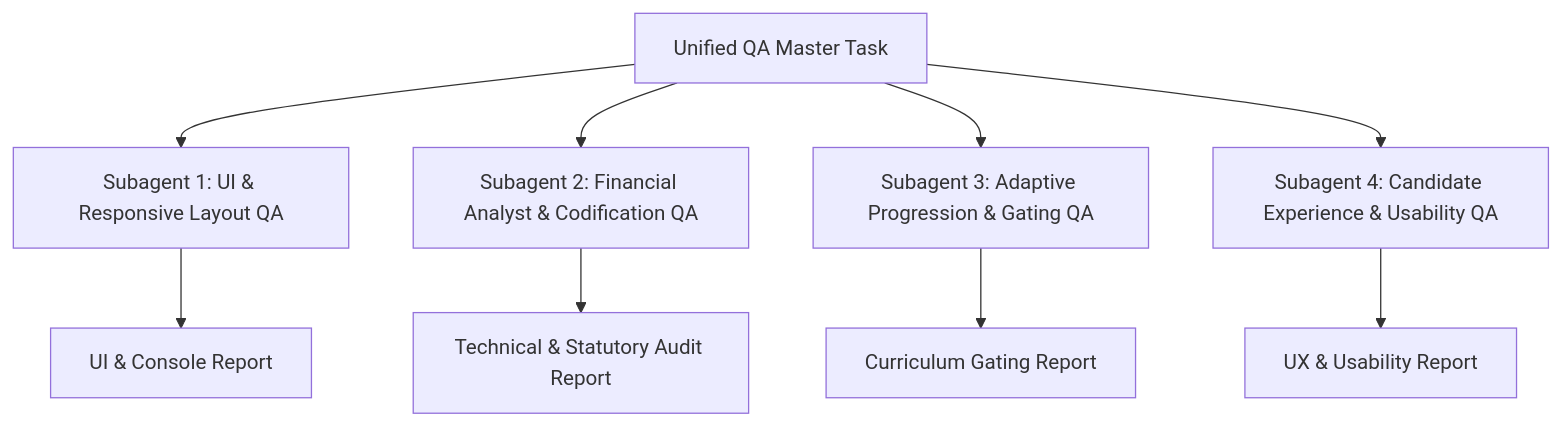
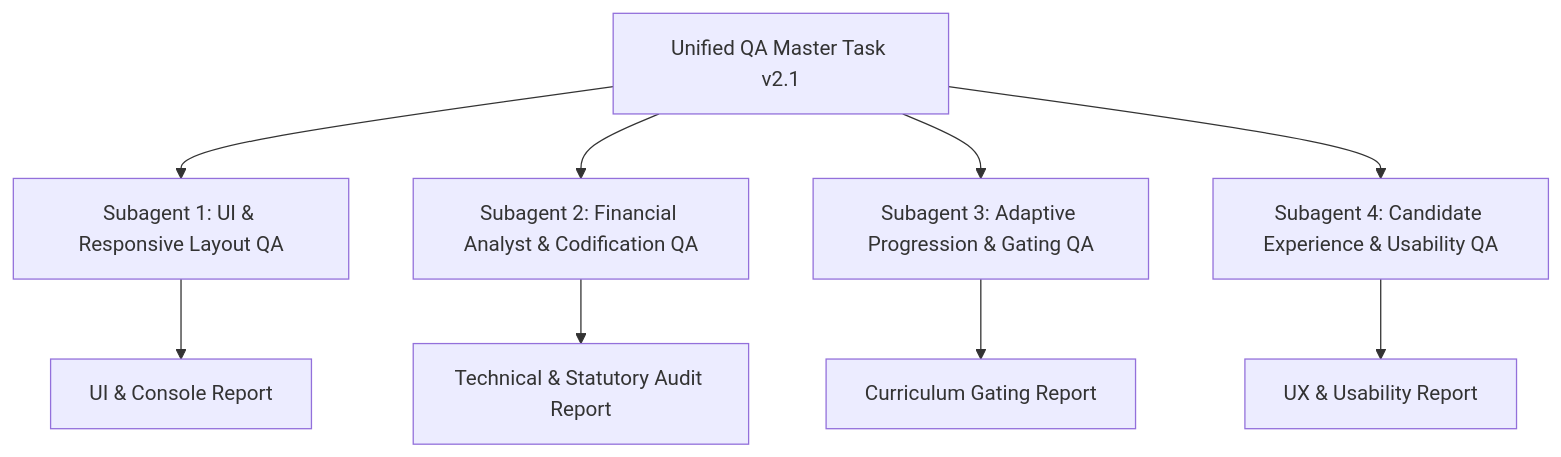
One commit to findawebguy/cpa changed the diagram in blueprints/UNIFIED_QA_TESTING_MASTER.md. Above: the diagram before and after it, drawn with Mermaid. The commit also changed other lines of this file, not shown here.

Commit message:
docs: Upgrade UNIFIED_QA_TESTING_MASTER.md to v2.1 DevSecOps Hardened Edition (added cleanup protocol, ISO timestamps, retry logic, SRS persistence, & a11y)

````diff
--- a/blueprints/UNIFIED_QA_TESTING_MASTER.md
+++ b/blueprints/UNIFIED_QA_TESTING_MASTER.md
@@ -16,12 +19,12 @@
 ```mermaid
 graph TD
-    Master[Unified QA Master Task] --> Agent1[Subagent 1: UI & Responsive Layout QA]
+    Master[Unified QA Master Task v2.1] --> Agent1[Subagent 1: UI & Responsive Layout QA]
     Master --> Agent2[Subagent 2: Financial Analyst & Codification QA]
     Master --> Agent3[Subagent 3: Adaptive Progression & Gating QA]
     Master --> Agent4[Subagent 4: Candidate Experience & Usability QA]
 
     Agent1 --> Output1[UI & Console Report]
     Agent2 --> Output2[Technical & Statutory Audit Report]
     Agent3 --> Output3[Curriculum Gating Report]
     Agent4 --> Output4[UX & Usability Report]
 ```
````
